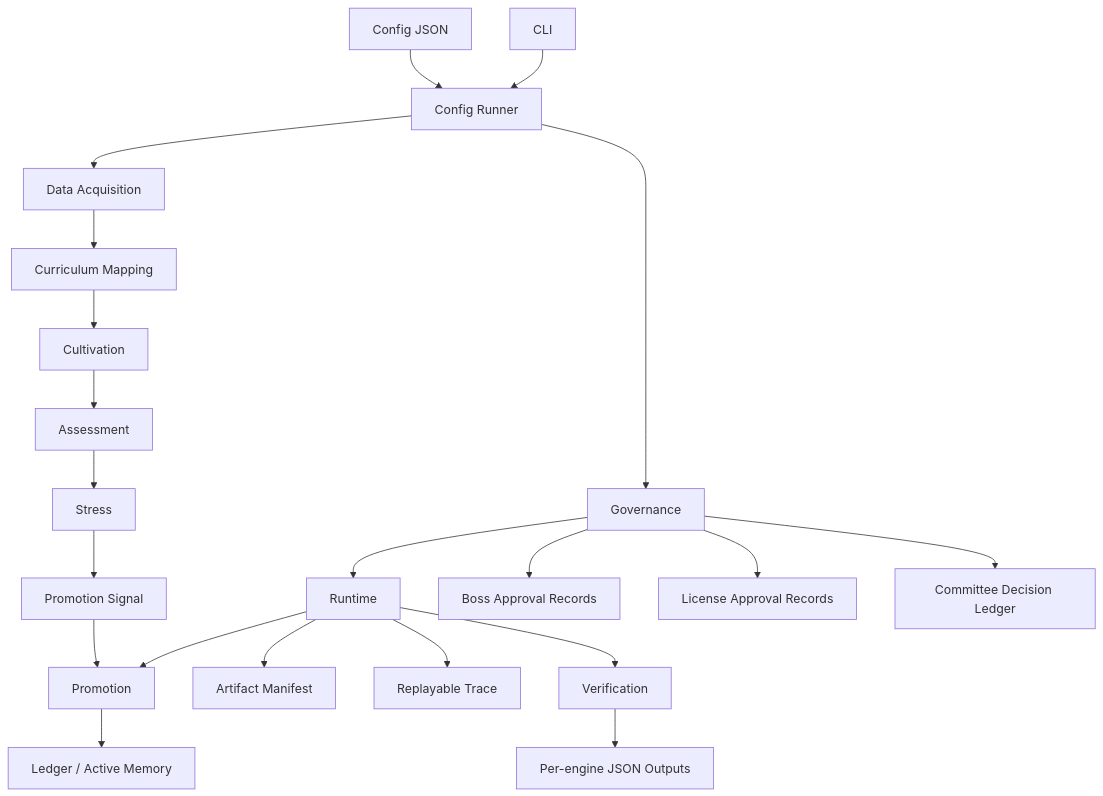
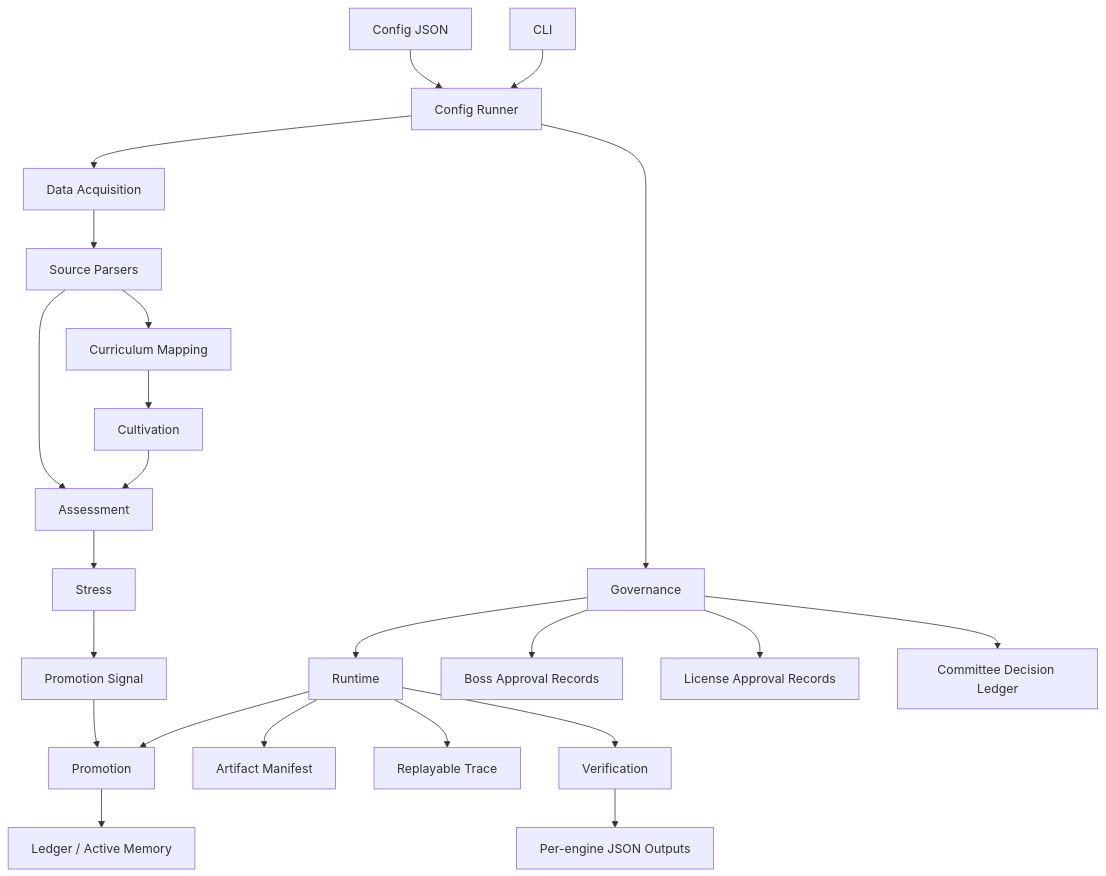
Before and after one commit to sinmb79/22b-paideia-engines: the diagram in docs/architecture.md, drawn with Mermaid. The commit also changed other lines of this file and 31 other files, not shown here.

Commit message:
feat: add phase 8 source parsers

````diff
--- a/docs/architecture.md
+++ b/docs/architecture.md
@@ -7,23 +7,25 @@
 ```mermaid
 flowchart TD
   Config["Config JSON"] --> Runner["Config Runner"]
   CLI["CLI"] --> Runner
   Runner --> DA["Data Acquisition"]
-  DA --> CM["Curriculum Mapping"]
+  DA --> SP["Source Parsers"]
+  SP --> CM["Curriculum Mapping"]
+  SP --> AS["Assessment"]
   CM --> C["Cultivation"]
   C --> AS["Assessment"]
   AS --> S["Stress"]
   S --> PS["Promotion Signal"]
   PS --> P["Promotion"]
   Runner --> G["Governance"]
   G --> R["Runtime"]
   R --> AM["Artifact Manifest"]
   R --> RT["Replayable Trace"]
   R --> P
   R --> V["Verification"]
   P --> M["Ledger / Active Memory"]
   G --> B["Boss Approval Records"]
   G --> L["License Approval Records"]
   G --> CD["Committee Decision Ledger"]
   V --> OUT["Per-engine JSON Outputs"]
 ```
````
